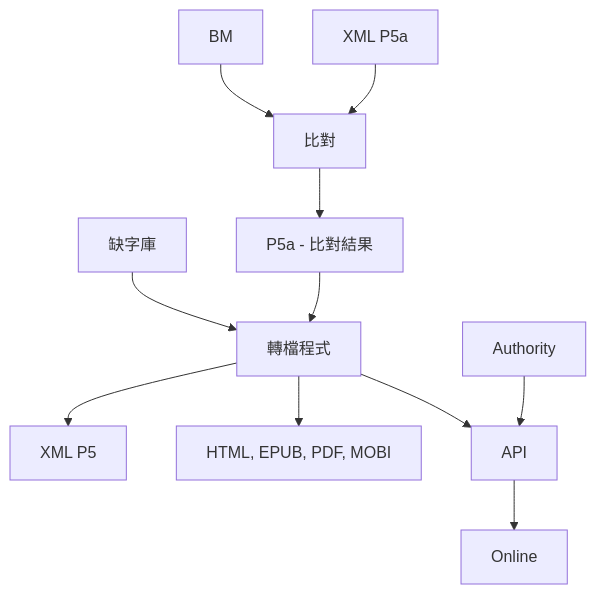
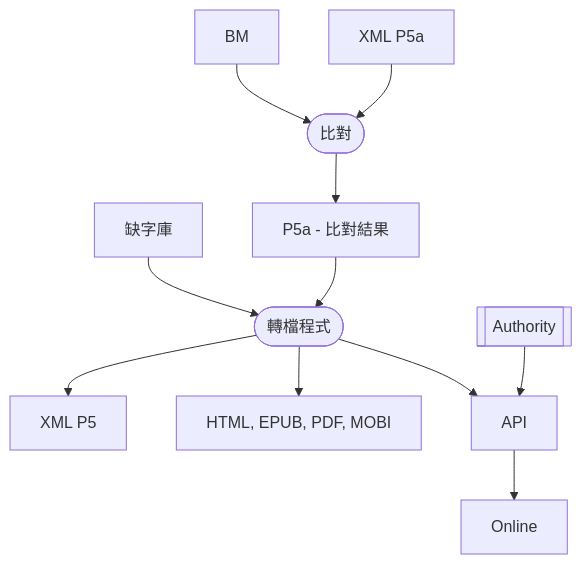
Before and after one commit to DILA-edu/cbeta-documentation: the diagram in README.md, drawn with Mermaid.

Commit message:
Update README.md
更新流程圖圖形

````diff
--- a/README.md
+++ b/README.md
@@ -10,13 +10,13 @@
 ```mermaid
 flowchart TD
-    BM["BM"] --> Compare["比對"]
-    XMLP5a["XML P5a"] --> Compare
+    BM["BM"] --> Compare([比對])
+    XMLP5a["XML P5a"] --> Compare([比對])
     Compare --> P5["P5a - 比對結果"]
-    Missing["缺字庫"] --> Transform["轉檔程式"]
-    P5 --> Transform
+    Missing["缺字庫"] --> Transform([轉檔程式])
+    P5 --> Transform([轉檔程式])
     Transform --> XMLP5["XML P5"]
     Transform --> Output["HTML, EPUB, PDF, MOBI"]
     Transform --> API["API"]
-    Authority["Authority"] --> API
+    Authority[["Authority"]] --> API
     API --> Online["Online"]
 ```
````
